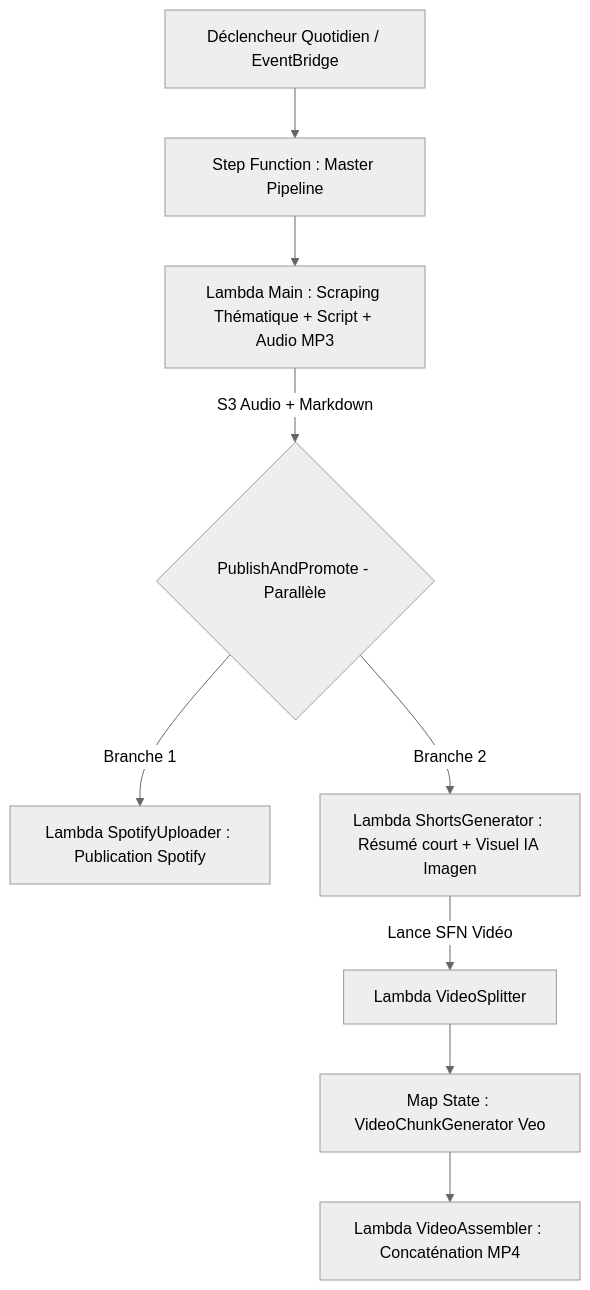
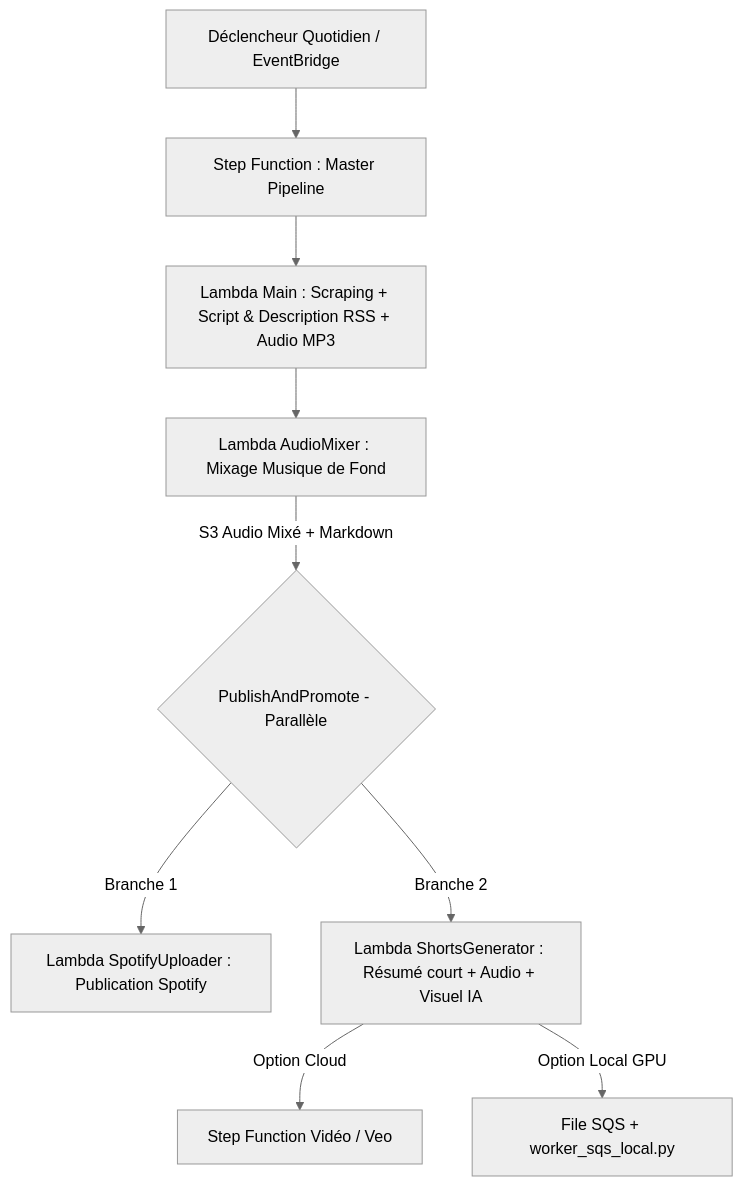
The diagram in README.md (bmallory/podcraft-ai), drawn with Mermaid (neutral theme) before and after one commit. The commit also changed other lines of this file and 18 other files, not shown here.

````diff
--- a/README.md
+++ b/README.md
@@ -11,11 +11,11 @@
 ```mermaid
 graph TD
     A[Déclencheur Quotidien / EventBridge] --> B[Step Function : Master Pipeline]
-    B --> C[Lambda Main : Scraping Thématique + Script + Audio MP3]
-    C -->|S3 Audio + Markdown| D{PublishAndPromote - Parallèle}
-    D -->|Branche 1| E[Lambda SpotifyUploader : Publication Spotify]
-    D -->|Branche 2| F[Lambda ShortsGenerator : Résumé court + Visuel IA Imagen]
-    F -->|Lance SFN Vidéo| G[Lambda VideoSplitter]
-    G --> H[Map State : VideoChunkGenerator Veo]
-    H --> I[Lambda VideoAssembler : Concaténation MP4]
+    B --> C[Lambda Main : Scraping + Script & Description RSS + Audio MP3]
+    C --> D[Lambda AudioMixer : Mixage Musique de Fond]
+    D -->|S3 Audio Mixé + Markdown| E{PublishAndPromote - Parallèle}
+    E -->|Branche 1| F[Lambda SpotifyUploader : Publication Spotify]
+    E -->|Branche 2| G[Lambda ShortsGenerator : Résumé court + Audio + Visuel IA]
+    G -->|Option Cloud| H[Step Function Vidéo / Veo]
+    G -->|Option Local GPU| I[File SQS + worker_sqs_local.py]
 ```
````
